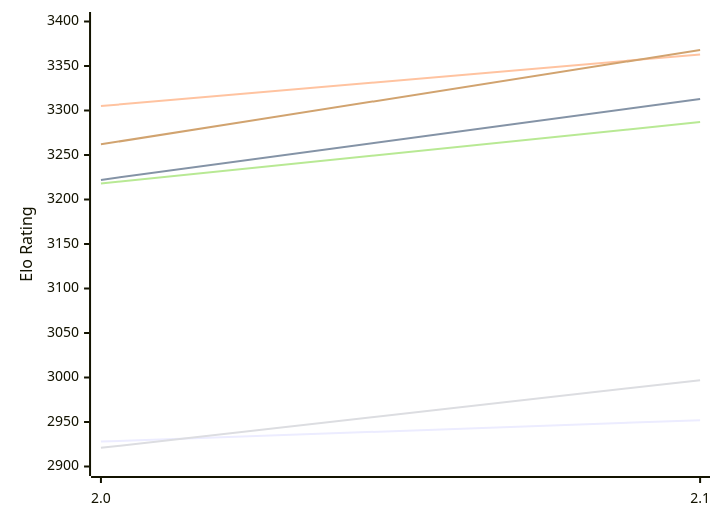
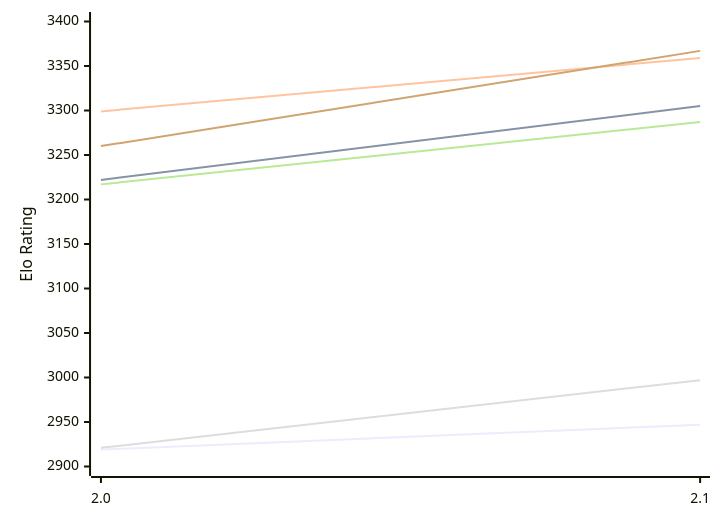
Before and after one commit to computer-chess-index/cci: the first of 2 diagrams in engines/Onslaught.md, drawn with Mermaid. The commit also changed other lines of this file, not shown here.

Commit message:
Update CCI Ratings (ELO VLTC) - 2026-11-26

````diff
--- a/engines/Onslaught.md
+++ b/engines/Onslaught.md
@@ -50,12 +50,12 @@
 ```mermaid
 %%{init: {"theme":"base","themeVariables":{"seriesColors:['#a3a3a3','#222221','#faa371']}}}%%
 xychart-beta
   x-axis ["2.0", "2.1"]
   y-axis "Elo Rating" 2900 --> 3400
-  line "E1: STC (8.0+0.08s)" [2928, 2952]
-  line "E1: LTC (60.0+0.60s)" [3222, 3313]
-  line "E1: VLTC (2m24s+1.12s)" [3305, 3363]
+  line "E1: STC (8.0+0.08s)" [2919, 2947]
+  line "E1: LTC (60.0+0.60s)" [3222, 3305]
+  line "E1: VLTC (2m24s+1.12s)" [3299, 3359]
   line "P1: STC (8.0+0.08s)" [2921, 2997]
-  line "P1: LTC (60.0+0.60s)" [3218, 3287]
-  line "P1: VLTC (2m24s+1.12s)" [3262, 3368]
+  line "P1: LTC (60.0+0.60s)" [3217, 3287]
+  line "P1: VLTC (2m24s+1.12s)" [3260, 3367]
 ```
````
